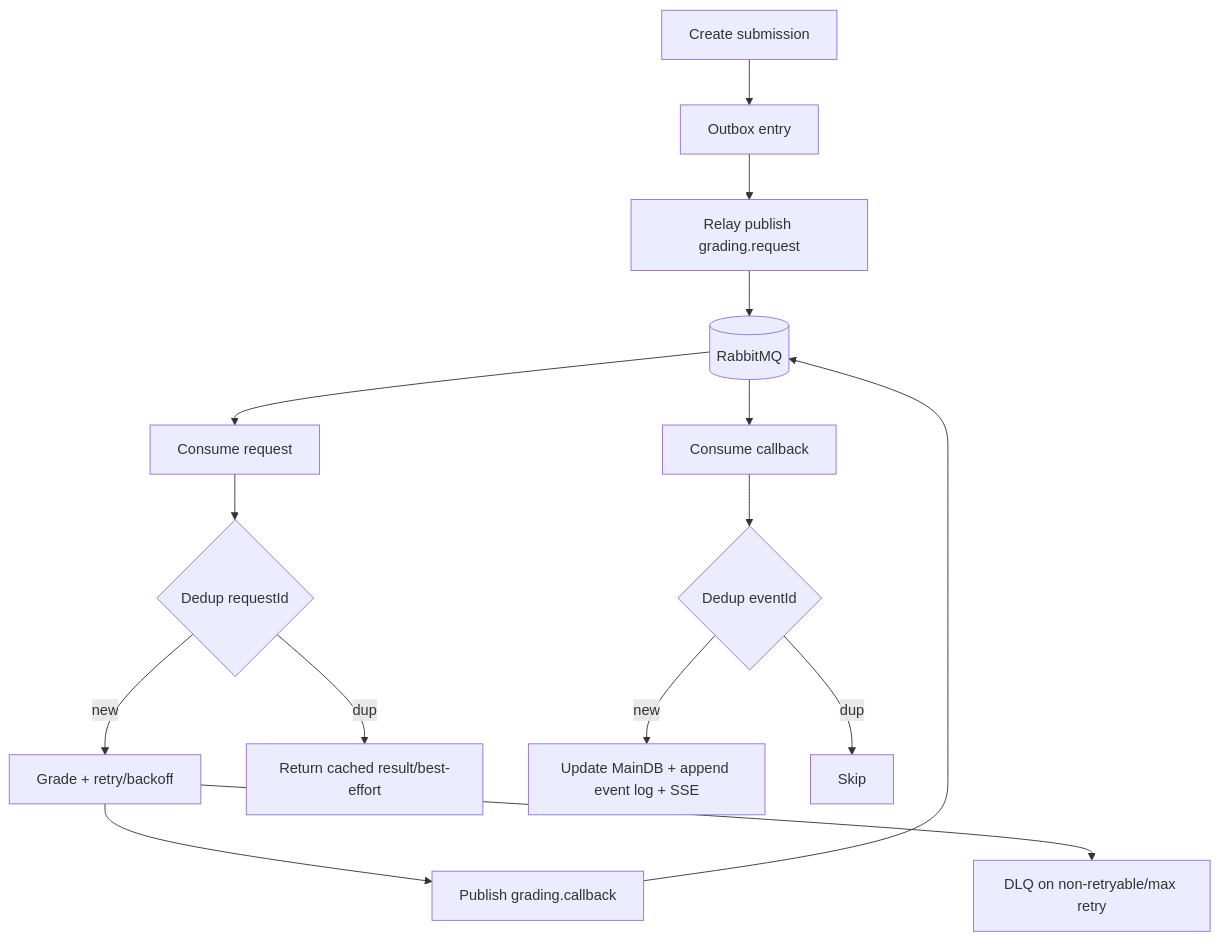
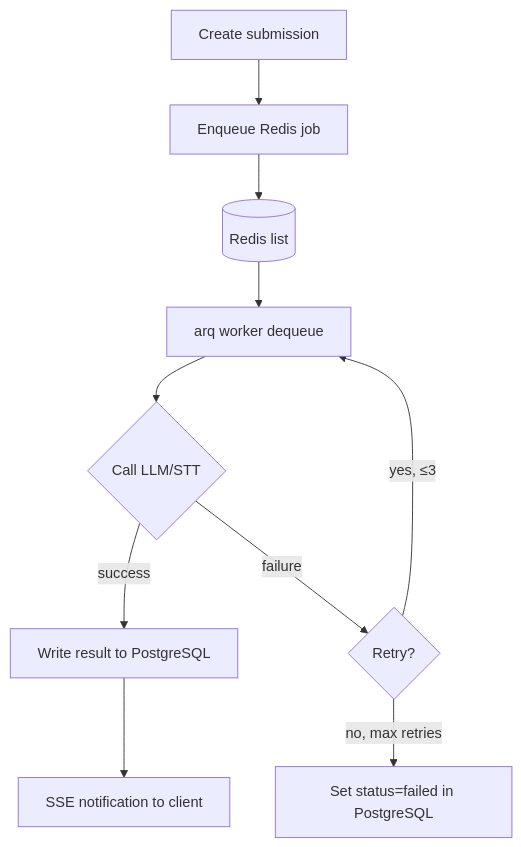
The diagram in docs/capstone/specs/40-platform/reliability.md (nghyane/VSTEP), drawn with Mermaid before and after one commit. The commit also changed other lines of this file and 48 other files, not shown here.

First line of the commit message:
refactor: simplify architecture for capstone scope

````diff
--- a/docs/capstone/specs/40-platform/reliability.md
+++ b/docs/capstone/specs/40-platform/reliability.md
@@ -15,17 +16,12 @@
 ```mermaid
 flowchart TB
-  A[Create submission] --> B[Outbox entry]
-  B --> C[Relay publish grading.request]
-  C --> D[(RabbitMQ)]
-  D --> E[Consume request]
-  E --> F{Dedup requestId}
-  F -->|new| G[Grade + retry/backoff]
-  F -->|dup| H[Return cached result/best-effort]
-  G --> I[Publish grading.callback]
-  I --> D
-  D --> J[Consume callback]
-  J --> K{Dedup eventId}
-  K -->|new| L[Update MainDB + append event log + SSE]
-  K -->|dup| M[Skip]
-  G --> N[DLQ on non-retryable/max retry]
+  A[Create submission] --> B[Enqueue Redis job]
+  B --> C[(Redis list)]
+  C --> D[arq worker dequeue]
+  D --> E{Call LLM/STT}
+  E -->|success| F[Write result to PostgreSQL]
+  E -->|failure| G{Retry?}
+  G -->|yes, ≤3| D
+  G -->|no, max retries| H[Set status=failed in PostgreSQL]
+  F --> I[SSE notification to client]
 ```
````
